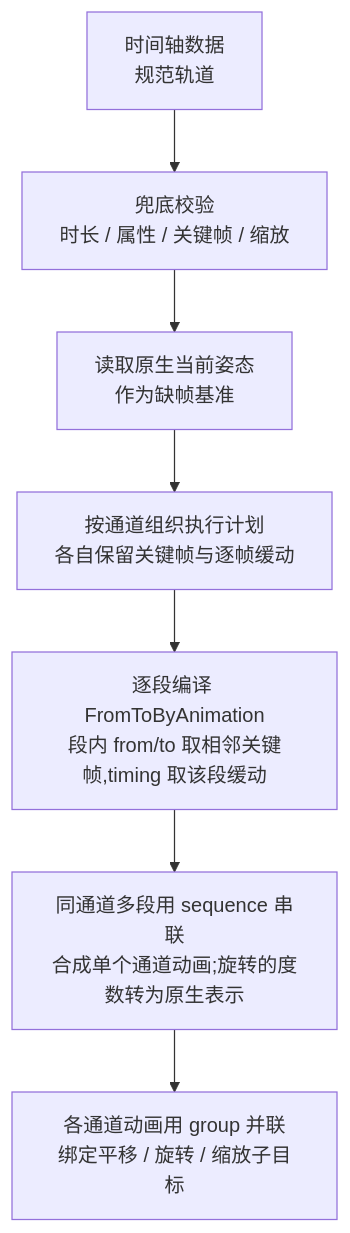
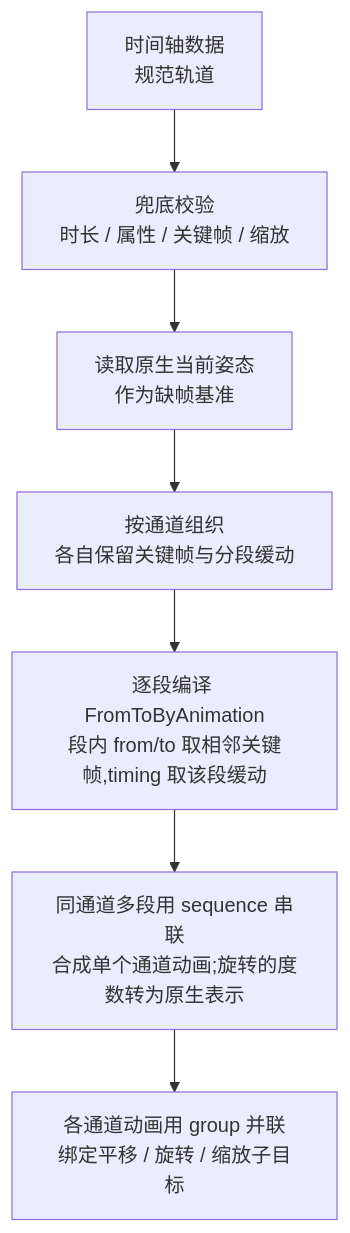
One commit to webspatial/webspatial-sdk changed the fourth of 11 diagrams in openspec/changes/redesign-entity-motion-api/design.zh.md. Above: the diagram before and after it, drawn with Mermaid. The commit also changed other lines of this file and 1 other file, not shown here.

````diff
--- a/openspec/changes/redesign-entity-motion-api/design.zh.md
+++ b/openspec/changes/redesign-entity-motion-api/design.zh.md
@@ -475,17 +426,17 @@
 ```mermaid
 flowchart TB
     Payload["时间轴数据<br/>规范轨道"]
     Validate["兜底校验<br/>时长 / 属性 / 关键帧 / 缩放"]
     Snapshot["读取原生当前姿态<br/>作为缺帧基准"]
-    Channels["按通道组织执行计划<br/>各自保留关键帧与逐帧缓动"]
+    Channels["按通道组织<br/>各自保留关键帧与分段缓动"]
     Segment["逐段编译 FromToByAnimation<br/>段内 from/to 取相邻关键帧,timing 取该段缓动"]
     Seq["同通道多段用 sequence 串联<br/>合成单个通道动画;旋转的度数转为原生表示"]
     Group["各通道动画用 group 并联<br/>绑定平移 / 旋转 / 缩放子目标"]
 
     Payload --> Validate
     Validate --> Snapshot
     Snapshot --> Channels
     Channels --> Segment
     Segment --> Seq
     Seq --> Group
 ```
````
